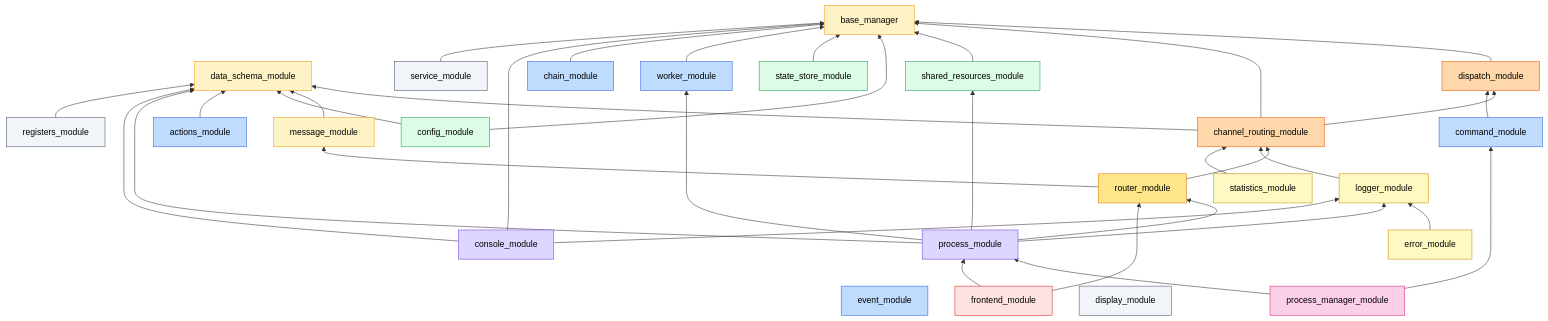
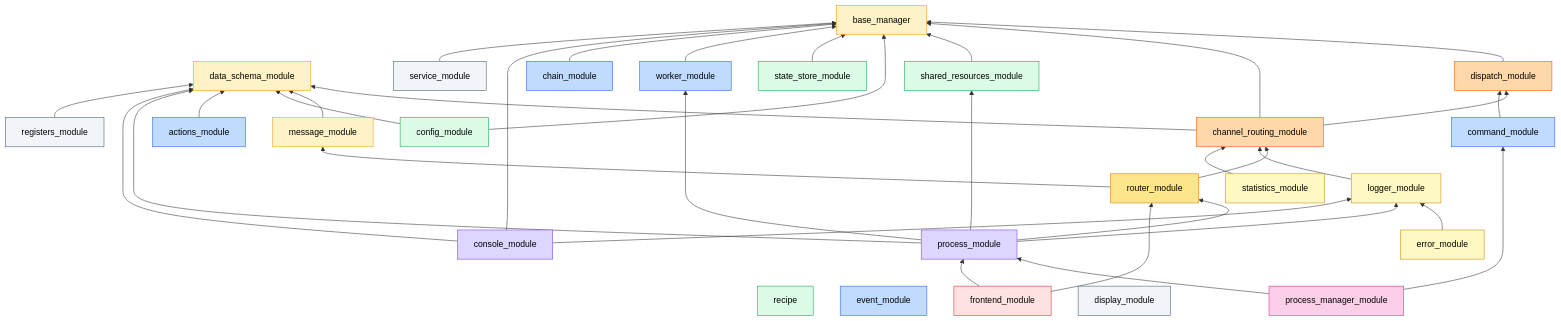
One commit to TWOKRAI/Inspector_bottles changed the first of 6 diagrams in multiprocess_framework/docs/CONSTRUCTOR_BLUEPRINT.md. Above: the diagram before and after it, drawn with Mermaid. The commit also changed other lines of this file and 4 other files, not shown here.

```diff
--- a/multiprocess_framework/docs/CONSTRUCTOR_BLUEPRINT.md
+++ b/multiprocess_framework/docs/CONSTRUCTOR_BLUEPRINT.md
@@ -73,6 +74,7 @@
   srm[shared_resources_module]:::l5
   config[config_module]:::l5
   state_store[state_store_module]:::l5
+  recipe[recipe]:::l5
 
   event[event_module]:::l6
 
```
